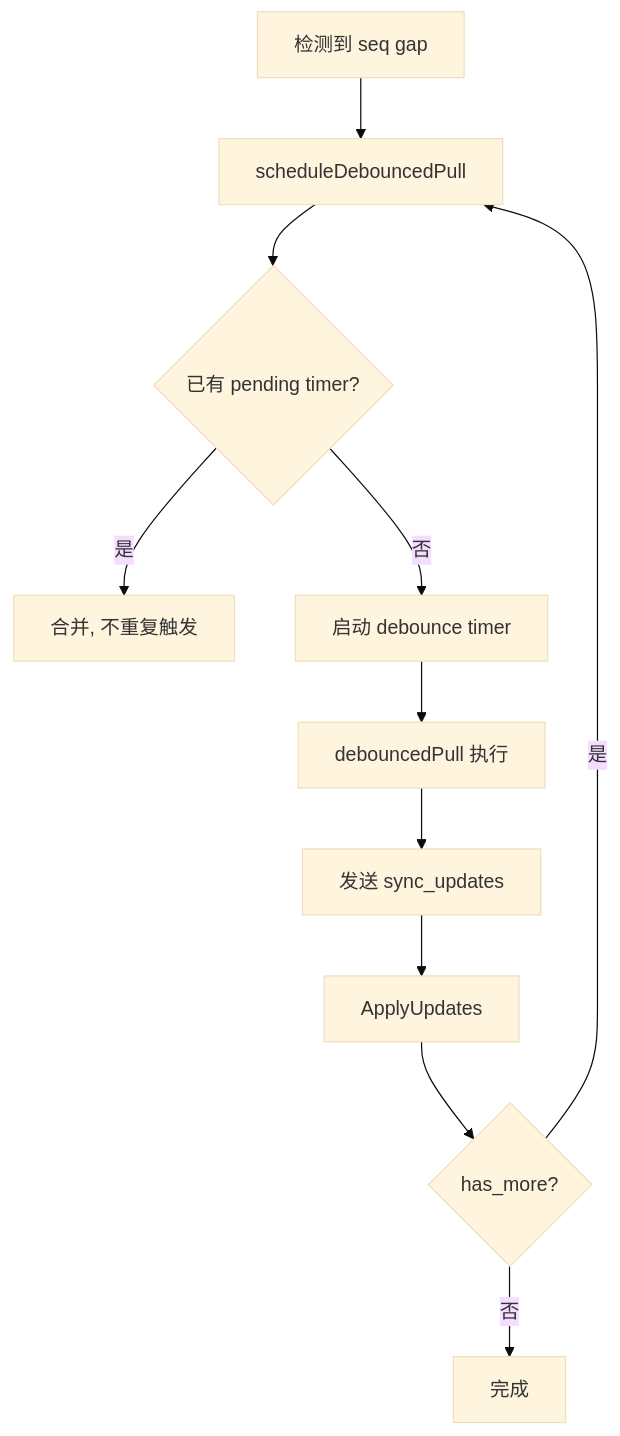
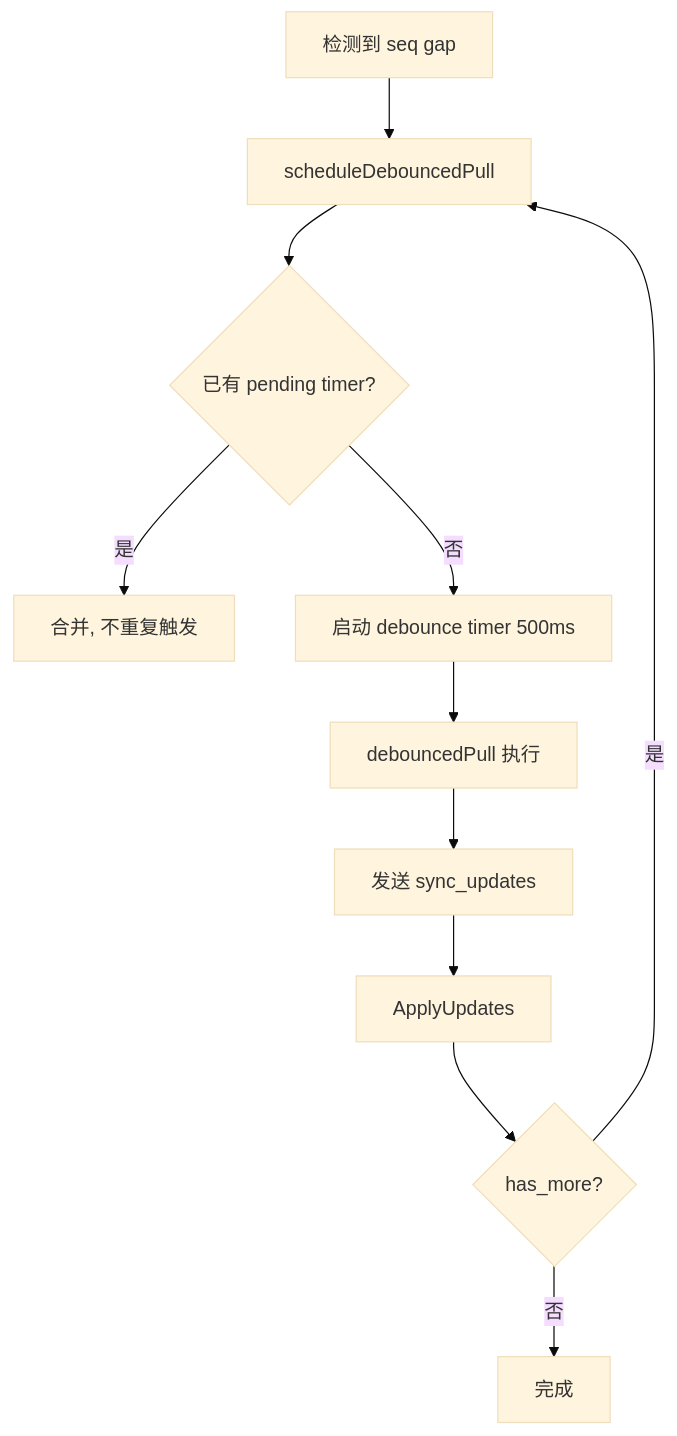
Before and after one commit to PineappleBond/xyncra-server: the eighth of 12 diagrams in wiki/flows/sync-updates.md, drawn with Mermaid (base theme). The commit also changed other lines of this file and 22 other files, not shown here.

````diff
--- a/wiki/flows/sync-updates.md
+++ b/wiki/flows/sync-updates.md
@@ -290,13 +290,13 @@
 ```mermaid
 flowchart TD
     A[检测到 seq gap] --> B[scheduleDebouncedPull]
     B --> C{已有 pending timer?}
     C -->|是| D[合并, 不重复触发]
-    C -->|否| E[启动 debounce timer]
+    C -->|否| E[启动 debounce timer 500ms]
     E --> F[debouncedPull 执行]
     F --> G[发送 sync_updates]
     G --> H[ApplyUpdates]
     H --> I{has_more?}
     I -->|是| B
     I -->|否| J[完成]
 ```
````
